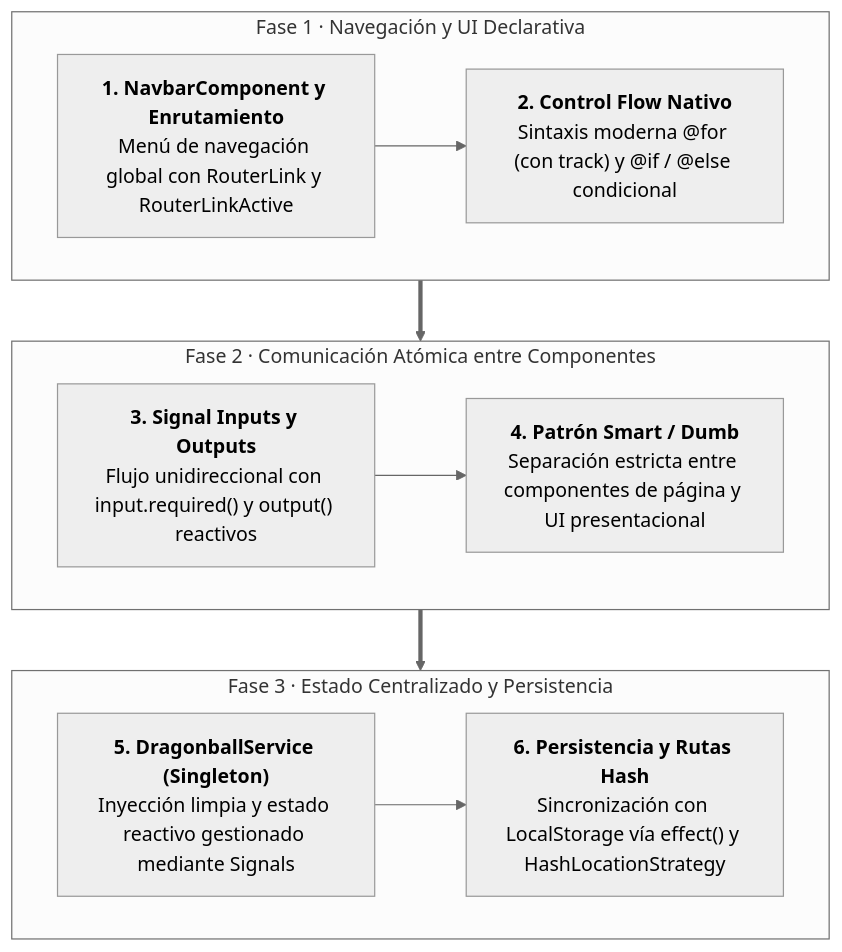
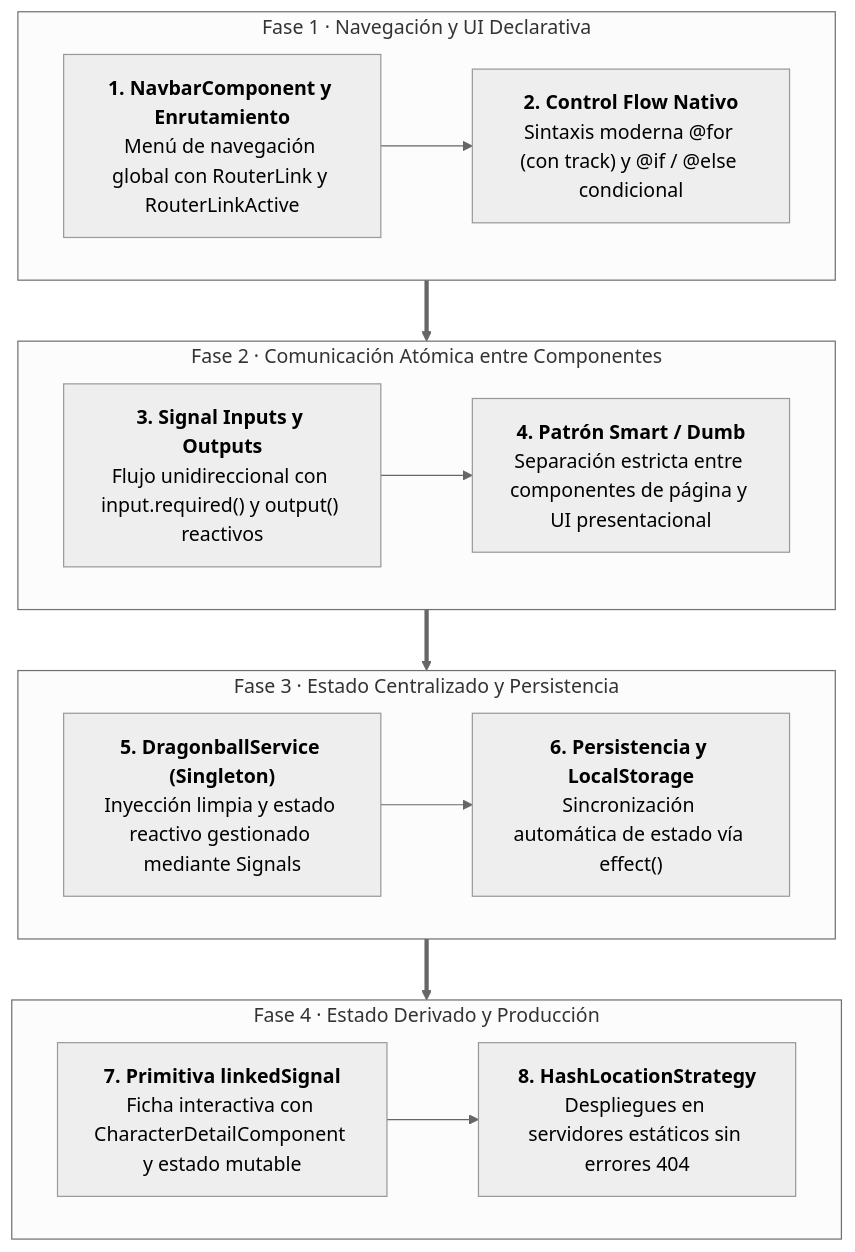
One commit to Jose-Quesada/materiales_angular changed the first of 6 diagrams in docs/05-expandir-bases.md. Above: the diagram before and after it, drawn with Mermaid (neutral theme). The commit also changed other lines of this file and 58 other files, not shown here.

````diff
--- a/docs/05-expandir-bases.md
+++ b/docs/05-expandir-bases.md
@@ -32,16 +32,20 @@
 ``` mermaid
 flowchart TD
     subgraph Fase1 ["Fase 1 · Navegación y UI Declarativa"]
         A["<b>1. NavbarComponent y Enrutamiento</b><br/>Menú de navegación global con RouterLink y RouterLinkActive"] --> B["<b>2. Control Flow Nativo</b><br/>Sintaxis moderna @for (con track) y @if / @else condicional"]
     end
 
     subgraph Fase2 ["Fase 2 · Comunicación Atómica entre Componentes"]
         C["<b>3. Signal Inputs y Outputs</b><br/>Flujo unidireccional con input.required() y output() reactivos"] --> D["<b>4. Patrón Smart / Dumb</b><br/>Separación estricta entre componentes de página y UI presentacional"]
     end
 
     subgraph Fase3 ["Fase 3 · Estado Centralizado y Persistencia"]
-        E["<b>5. DragonballService (Singleton)</b><br/>Inyección limpia y estado reactivo gestionado mediante Signals"] --> F["<b>6. Persistencia y Rutas Hash</b><br/>Sincronización con LocalStorage vía effect() y HashLocationStrategy"]
+        E["<b>5. DragonballService (Singleton)</b><br/>Inyección limpia y estado reactivo gestionado mediante Signals"] --> F["<b>6. Persistencia y LocalStorage</b><br/>Sincronización automática de estado vía effect()"]
     end
 
-    Fase1 ==> Fase2 ==> Fase3
+    subgraph Fase4 ["Fase 4 · Estado Derivado y Producción"]
+        G["<b>7. Primitiva linkedSignal</b><br/>Ficha interactiva con CharacterDetailComponent y estado mutable"] --> H["<b>8. HashLocationStrategy</b><br/>Despliegues en servidores estáticos sin errores 404"]
+    end
+
+    Fase1 ==> Fase2 ==> Fase3 ==> Fase4
 ```
````
